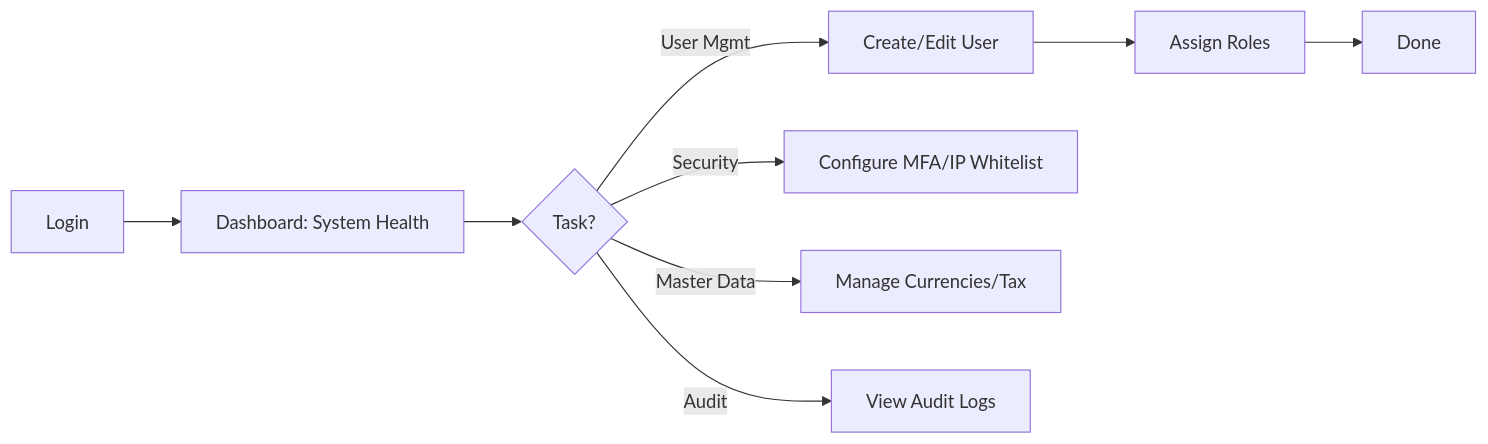
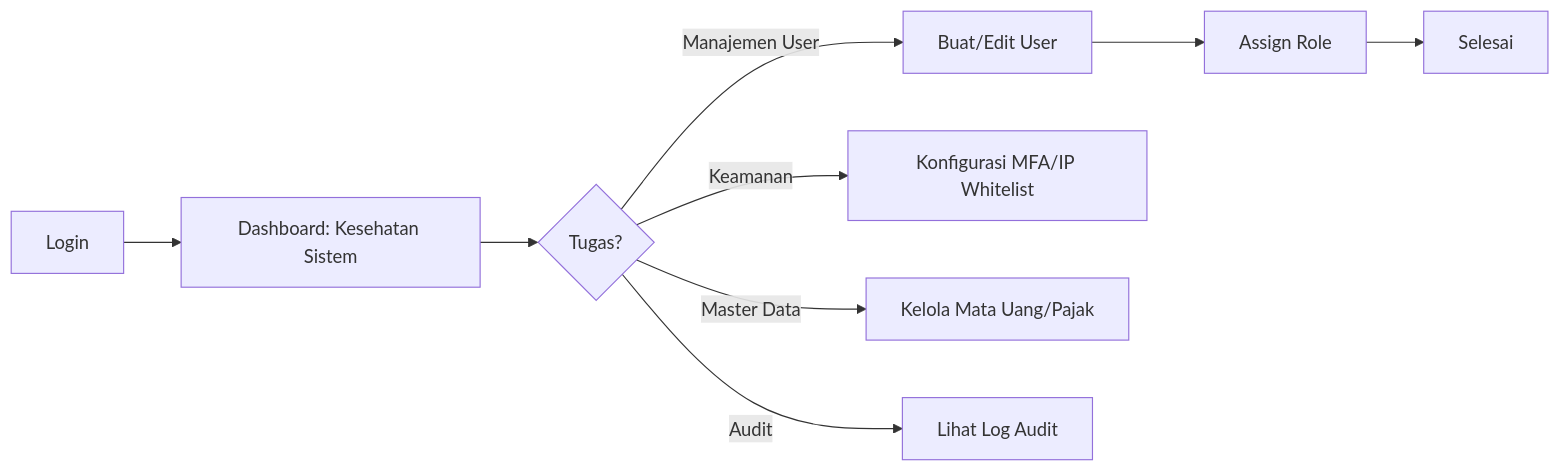
Before and after one commit to Vencore-erp/documentation: the fifth of 13 diagrams in system_design/BUSINESS_PROCESS_MODEL.md, drawn with Mermaid. The commit also changed other lines of this file and 16 other files, not shown here.

````diff
--- a/system_design/BUSINESS_PROCESS_MODEL.md
+++ b/system_design/BUSINESS_PROCESS_MODEL.md
@@ -182,11 +182,11 @@
 ```mermaid
 flowchart LR
-    A[Login] --> B[Dashboard: System Health]
-    B --> C{Task?}
-    C -->|User Mgmt| D[Create/Edit User]
-    C -->|Security| E[Configure MFA/IP Whitelist]
-    C -->|Master Data| F[Manage Currencies/Tax]
-    C -->|Audit| G[View Audit Logs]
-    D --> H[Assign Roles]
-    H --> I[Done]
+    A[Login] --> B[Dashboard: Kesehatan Sistem]
+    B --> C{Tugas?}
+    C -->|Manajemen User| D[Buat/Edit User]
+    C -->|Keamanan| E[Konfigurasi MFA/IP Whitelist]
+    C -->|Master Data| F[Kelola Mata Uang/Pajak]
+    C -->|Audit| G[Lihat Log Audit]
+    D --> H[Assign Role]
+    H --> I[Selesai]
 ```
````
